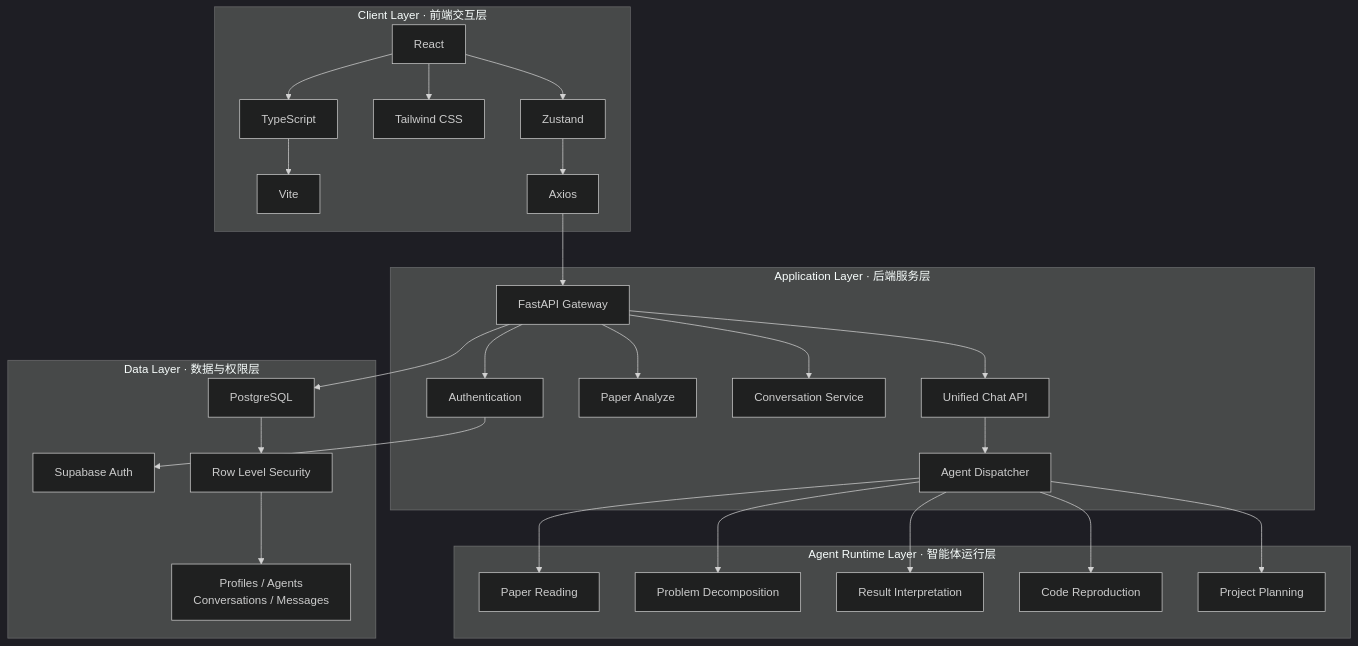
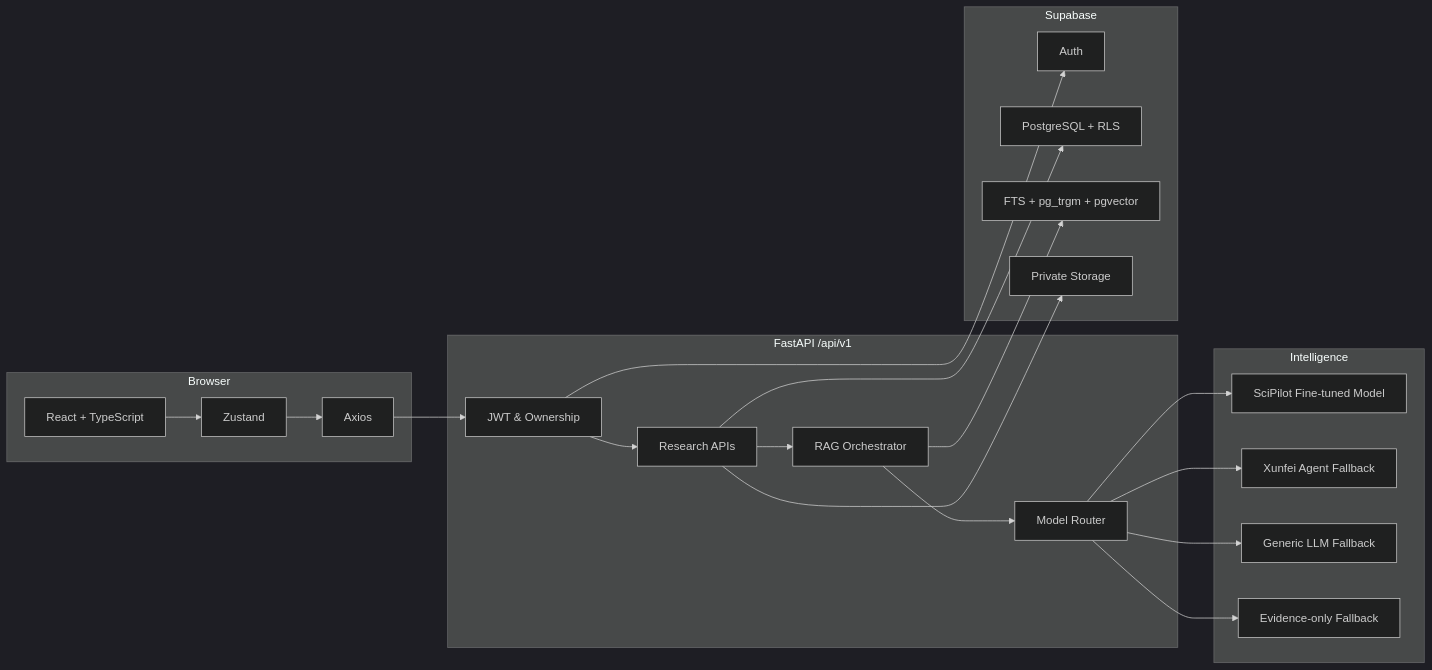
The first of 3 diagrams in README.md (telitor/SciPilot), drawn with Mermaid (dark theme) before and after one commit. The commit also changed other lines of this file, not shown here.

````diff
--- a/README.md
+++ b/README.md
@@ -320,59 +99,42 @@
 ```mermaid
-flowchart TB
-    subgraph CLIENT["Client Layer · 前端交互层"]
-        REACT["React"]
-        TYPESCRIPT["TypeScript"]
-        VITE["Vite"]
-        TAILWIND["Tailwind CSS"]
-        ZUSTAND["Zustand"]
-        AXIOS["Axios"]
+flowchart LR
+    subgraph Browser["Browser"]
+        UI["React + TypeScript"]
+        Store["Zustand"]
+        HTTP["Axios"]
     end
 
-    subgraph API["Application Layer · 后端服务层"]
-        FASTAPI["FastAPI Gateway"]
-        AUTH["Authentication"]
-        PAPER_API["Paper Analyze"]
-        CONVERSATION["Conversation Service"]
-        CHAT["Unified Chat API"]
-        DISPATCHER["Agent Dispatcher"]
+    subgraph Backend["FastAPI /api/v1"]
+        Auth["JWT & Ownership"]
+        API["Research APIs"]
+        Retrieval["RAG Orchestrator"]
+        Router["Model Router"]
     end
 
-    subgraph AGENTS["Agent Runtime Layer · 智能体运行层"]
-        A1["Paper Reading"]
-        A2["Problem Decomposition"]
-        A3["Result Interpretation"]
-        A4["Code Reproduction"]
-        A5["Project Planning"]
+    subgraph Intelligence["Intelligence"]
+        FineTuned["SciPilot Fine-tuned Model"]
+        Xunfei["Xunfei Agent Fallback"]
+        Generic["Generic LLM Fallback"]
+        Extractive["Evidence-only Fallback"]
     end
 
-    subgraph DATA["Data Layer · 数据与权限层"]
-        SUPA_AUTH["Supabase Auth"]
-        POSTGRES["PostgreSQL"]
-        RLS["Row Level Security"]
-        TABLES["Profiles / Agents<br/>Conversations / Messages"]
+    subgraph Supabase["Supabase"]
+        SupaAuth["Auth"]
+        DB["PostgreSQL + RLS"]
+        Vector["FTS + pg_trgm + pgvector"]
+        Storage["Private Storage"]
     end
 
-    REACT --> TYPESCRIPT
-    TYPESCRIPT --> VITE
-    REACT --> TAILWIND
-    REACT --> ZUSTAND
-    ZUSTAND --> AXIOS
-
-    AXIOS --> FASTAPI
-    FASTAPI --> AUTH
-    FASTAPI --> PAPER_API
-    FASTAPI --> CONVERSATION
-    FASTAPI --> CHAT
-    CHAT --> DISPATCHER
-
-    DISPATCHER --> A1
-    DISPATCHER --> A2
-    DISPATCHER --> A3
-    DISPATCHER --> A4
-    DISPATCHER --> A5
-
-    AUTH --> SUPA_AUTH
-    FASTAPI --> POSTGRES
-    POSTGRES --> RLS
-    RLS --> TABLES
+    UI --> Store --> HTTP
+    HTTP --> Auth --> API
+    API --> Retrieval
+    Retrieval --> Vector
+    Retrieval --> Router
+    Router --> FineTuned
+    Router --> Xunfei
+    Router --> Generic
+    Router --> Extractive
+    Auth --> SupaAuth
+    API --> DB
+    API --> Storage
 ```
````
